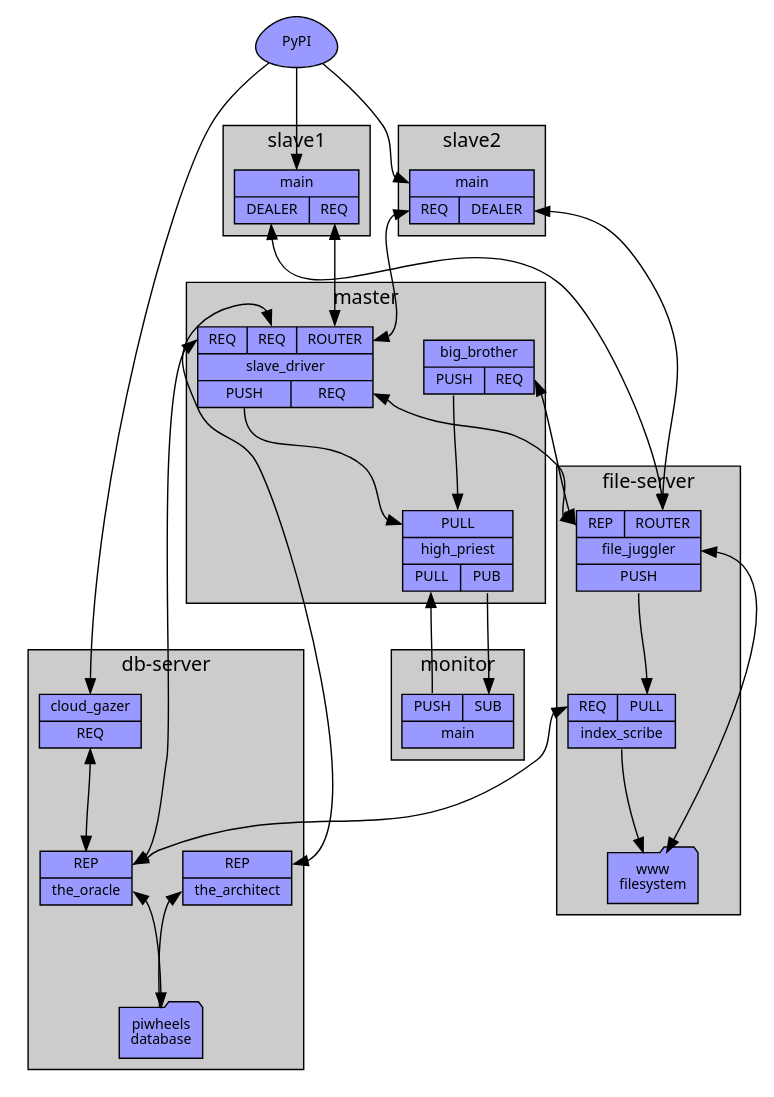
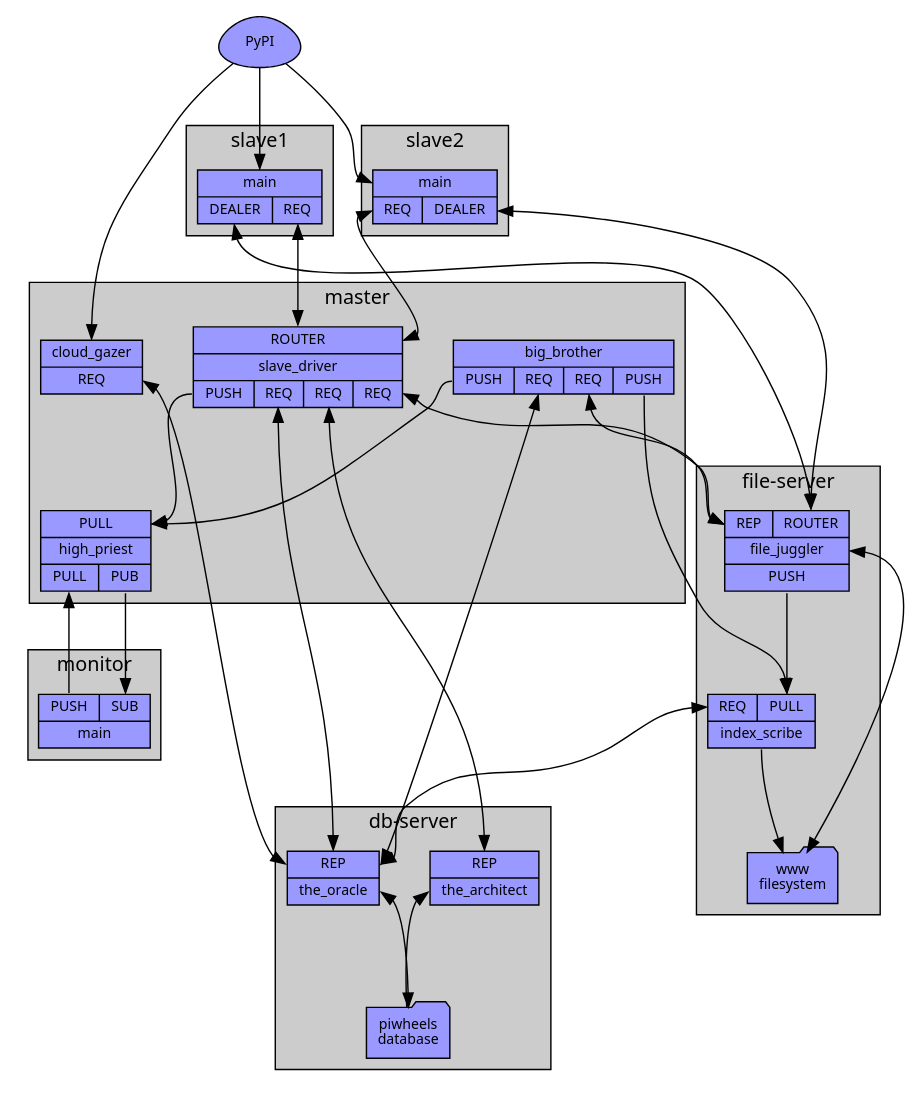
The diagram in docs/master_arch.dot (piwheels/piwheels), drawn with Graphviz before and after one commit.

Commit message:
Add link between big_brother and file_juggler
Also correct some internal labels

```diff
--- a/docs/master_arch.dot
+++ b/docs/master_arch.dot
@@ -1,74 +1,76 @@
 digraph piwheels {
     graph [nodesep=0.5, ranksep=1, style=filled, fontname=Sans, fontsize=14, fillcolor="#cccccc"];
     node [shape=record, fontname=Sans, fontsize=10, style=filled, fillcolor="#9999ff", penwidth=1];
     edge [fontname=Sans, fontsize=8];
 
     pypi [label="PyPI", shape=egg];
 
     subgraph cluster_db_server {
         graph [label="db-server"];
 
-        cloud_gazer [label="{<t>cloud_gazer|<db>REQ}"];
         the_oracle [label="{<db>REP|<t>the_oracle}"];
         the_architect [label="{<builds>REP|<t>the_architect}"];
         db [label="piwheels\ndatabase", shape=folder];
 
         the_oracle:t->db [dir=both];
         the_architect:t->db [dir=back];
     }
 
     subgraph cluster_file_server {
         graph [label="file-server"];
 
-        file_juggler [label="{{<transfers>REP|<slaves>ROUTER}|<t>file_juggler|{<indexes>PUSH}}"];
+        file_juggler [label="{{<fs>REP|<slaves>ROUTER}|<t>file_juggler|{<indexes>PUSH}}"];
         index_scribe [label="{{<db>REQ|<indexes>PULL}|<t>index_scribe}"];
         fs [label="www\nfilesystem", shape=folder];
 
         index_scribe:t->fs;
         file_juggler:t->fs [dir=both];
     }
 
     subgraph cluster_master {
         graph [label="master"];
 
+        cloud_gazer [label="{<t>cloud_gazer|<db>REQ}"];
         high_priest [label="{{<int_status>PULL}|high_priest|{<control>PULL|<ext_status>PUB}}"];
-        big_brother [label="{<t>big_brother|{<int_status>PUSH|<transfers>REQ}}"];
-        slave_driver [label="{{<db>REQ|<builds>REQ|<slaves>ROUTER}|<t>slave_driver|{<int_status>PUSH|<transfers>REQ}}"];
+        big_brother [label="{<t>big_brother|{<int_status>PUSH|<db>REQ|<fs>REQ|<indexes>PUSH}}"];
+        slave_driver [label="{{<slaves>ROUTER}|<t>slave_driver|{<int_status>PUSH|<db>REQ|<builds>REQ|<fs>REQ}}"];
 
         big_brother:int_status->high_priest:int_status;
         slave_driver:int_status->high_priest:int_status;
     }
 
     subgraph cluster_monitor {
         graph [label="monitor"];
         monitor [label="{{<control>PUSH|<status>SUB}|<t>main}"];
     }
 
     subgraph cluster_slave1 {
         graph [label="slave1"];
         slave1 [label="{<t>main|{<files>DEALER|<builds>REQ}}"];
     }
 
     subgraph cluster_slave2 {
         graph [label="slave2"];
         slave2 [label="{<t>main|{<builds>REQ|<files>DEALER}}"];
     }
 
     pypi->cloud_gazer:t;
     pypi->slave1:t;
     pypi->slave2:t;
     slave1:builds->slave_driver:slaves [dir=both];
     slave2:builds->slave_driver:slaves [dir=both];
     slave1:files->file_juggler:slaves [dir=both];
     slave2:files->file_juggler:slaves [dir=both];
     high_priest:ext_status->monitor:status;
     monitor:control->high_priest:control;
 
     cloud_gazer:db->the_oracle:db [dir=both];
     file_juggler:indexes->index_scribe:indexes;
+    big_brother:indexes->index_scribe:indexes;
     index_scribe:db->the_oracle:db [dir=both];
-    big_brother:transfers->file_juggler:transfers [dir=both];
-    slave_driver:transfers->file_juggler:transfers [dir=both];
+    big_brother:db->the_oracle:db [dir=both];
+    big_brother:fs->file_juggler:fs [dir=both];
+    slave_driver:fs->file_juggler:fs [dir=both];
     slave_driver:db->the_oracle:db [dir=both];
     slave_driver:builds->the_architect:builds [dir=both];
 }
```
